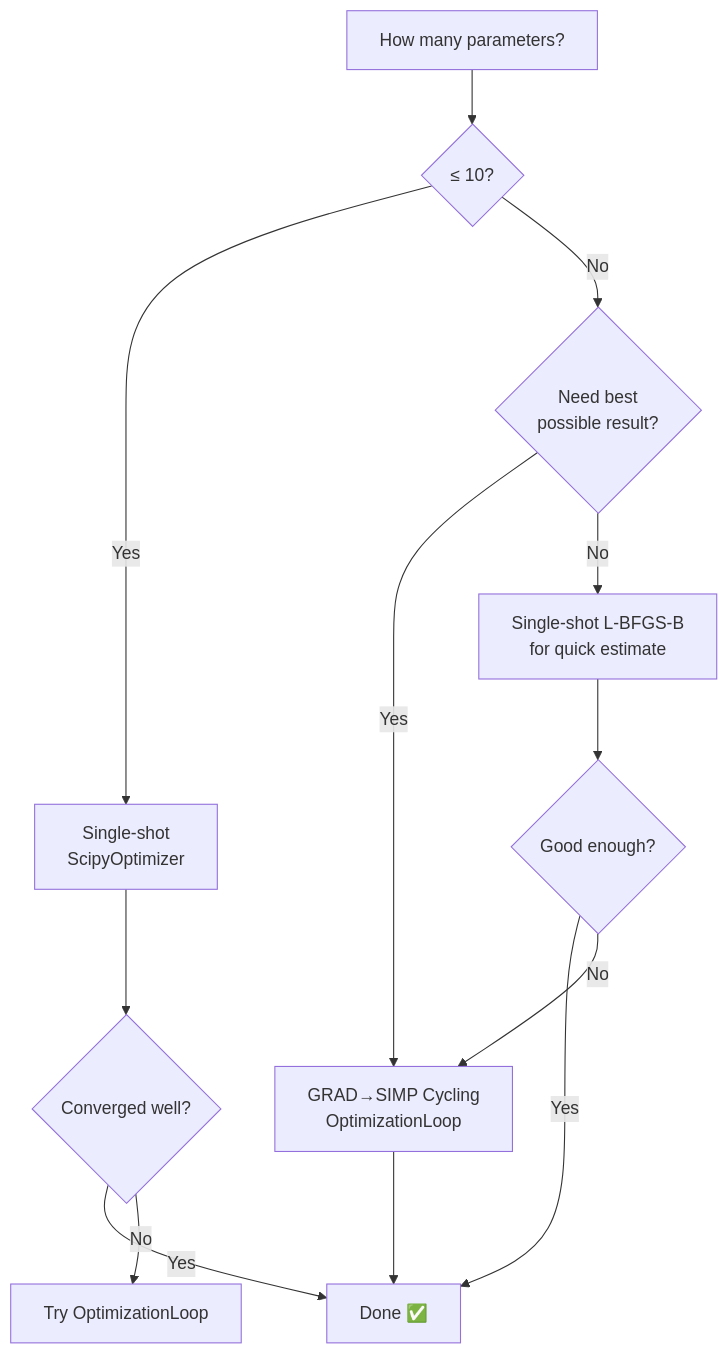
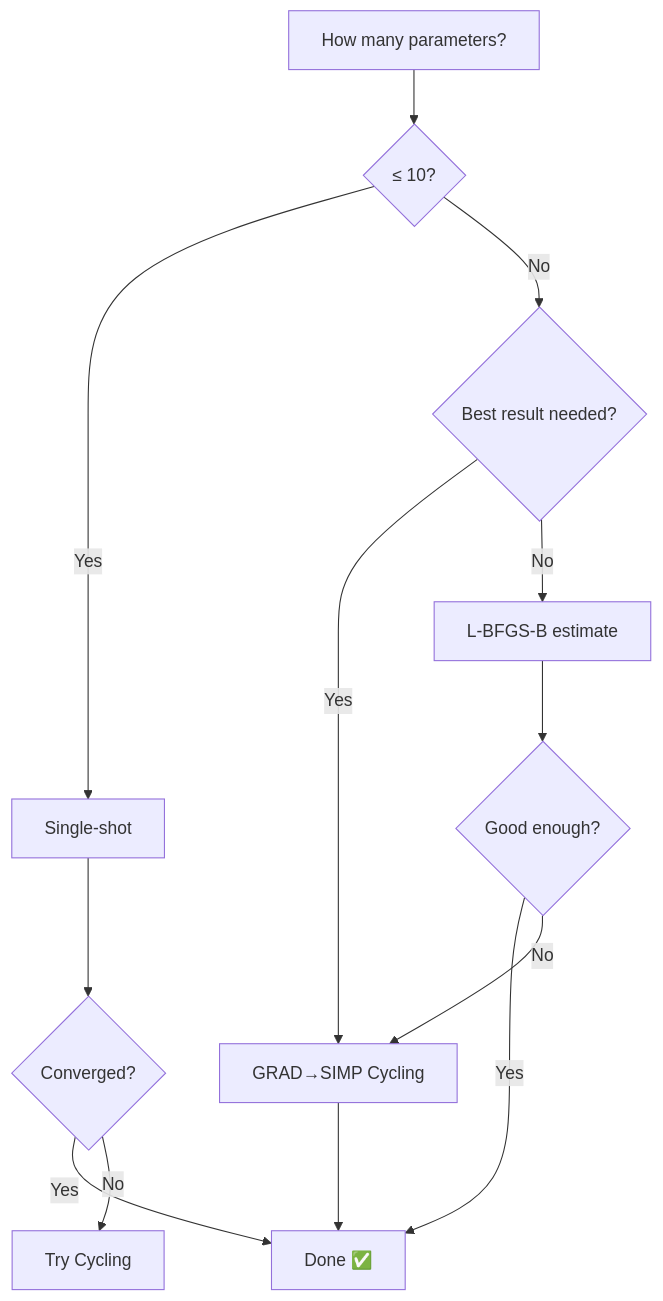
Before and after one commit to ericchansen/q2mm: the second of 2 diagrams in docs/optimization-guide.md, drawn with Mermaid. The commit also changed other lines of this file and 8 other files, not shown here.

First line of the commit message:
docs: standardize mermaid diagrams and add per-backend pages

````diff
--- a/docs/optimization-guide.md
+++ b/docs/optimization-guide.md
@@ -265,15 +265,15 @@
 ```mermaid
 flowchart TD
     A[How many parameters?] --> B{≤ 10?}
-    B -->|Yes| C[Single-shot<br/>ScipyOptimizer]
-    B -->|No| D{Need best<br/>possible result?}
-    D -->|Yes| E[GRAD→SIMP Cycling<br/>OptimizationLoop]
-    D -->|No| F[Single-shot L-BFGS-B<br/>for quick estimate]
-    C --> G{Converged well?}
+    B -->|Yes| C[Single-shot]
+    B -->|No| D{Best result needed?}
+    D -->|Yes| E[GRAD→SIMP Cycling]
+    D -->|No| F[L-BFGS-B estimate]
+    C --> G{Converged?}
     G -->|Yes| H[Done ✅]
-    G -->|No| I[Try OptimizationLoop]
+    G -->|No| I[Try Cycling]
     E --> H
     F --> J{Good enough?}
     J -->|Yes| H
     J -->|No| E
 ```
````
